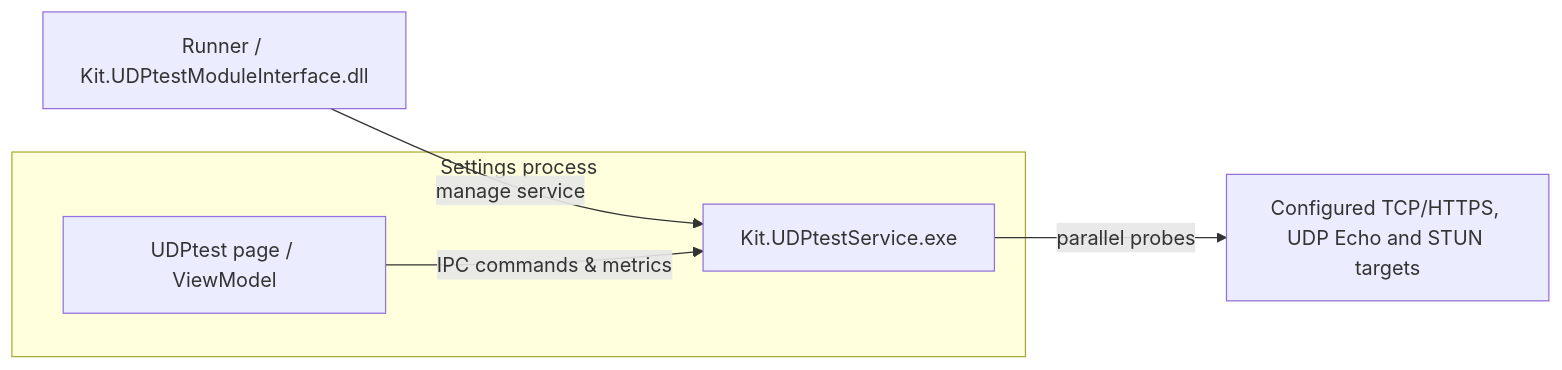
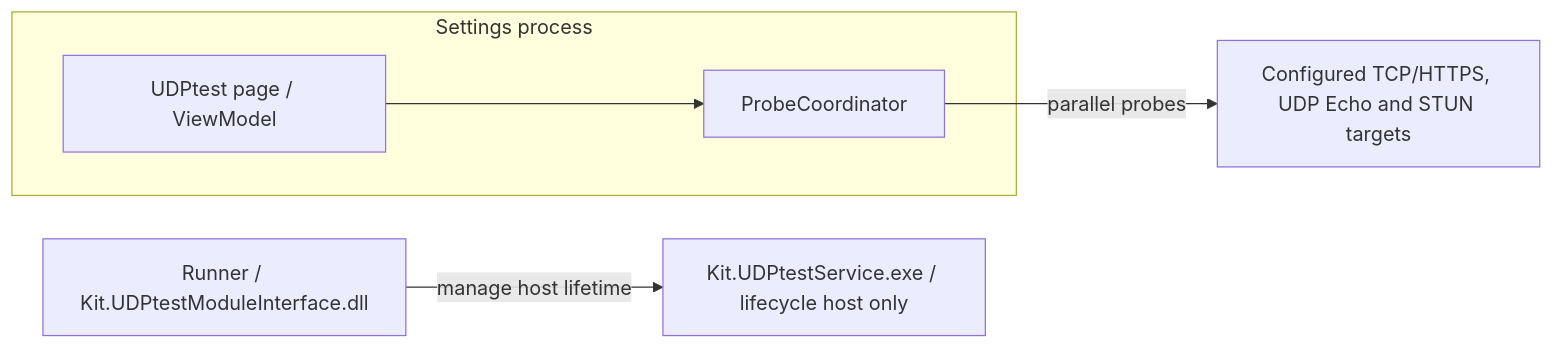
One commit to guijianchou/Kit changed the fifth of 7 diagrams in README.md. Above: the diagram before and after it, drawn with Mermaid. The commit also changed other lines of this file and 136 other files, not shown here.

````diff
--- a/README.md
+++ b/README.md
@@ -173,8 +173,8 @@
 ```mermaid
 flowchart LR
-    MI["Runner / Kit.UDPtestModuleInterface.dll"] -->|"manage service"| SVC["Kit.UDPtestService.exe"]
+    MI["Runner / Kit.UDPtestModuleInterface.dll"] -->|"manage host lifetime"| SVC["Kit.UDPtestService.exe / lifecycle host only"]
     subgraph S["Settings process"]
-        PG["UDPtest page / ViewModel"] -->|"IPC commands & metrics"| SVC
+        PG["UDPtest page / ViewModel"] --> CORE["ProbeCoordinator"]
     end
-    SVC -->|"parallel probes"| TARGET["Configured TCP/HTTPS, UDP Echo and STUN targets"]
+    CORE -->|"parallel probes"| TARGET["Configured TCP/HTTPS, UDP Echo and STUN targets"]
 ```
````
